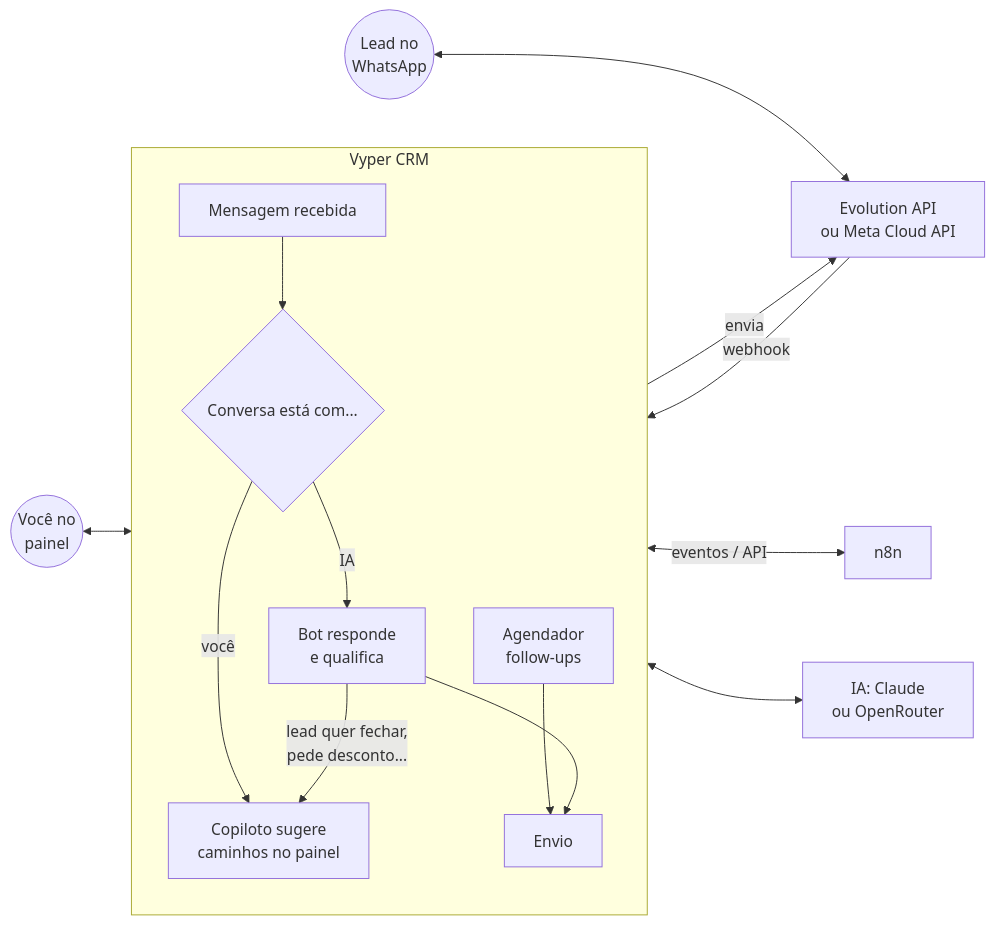
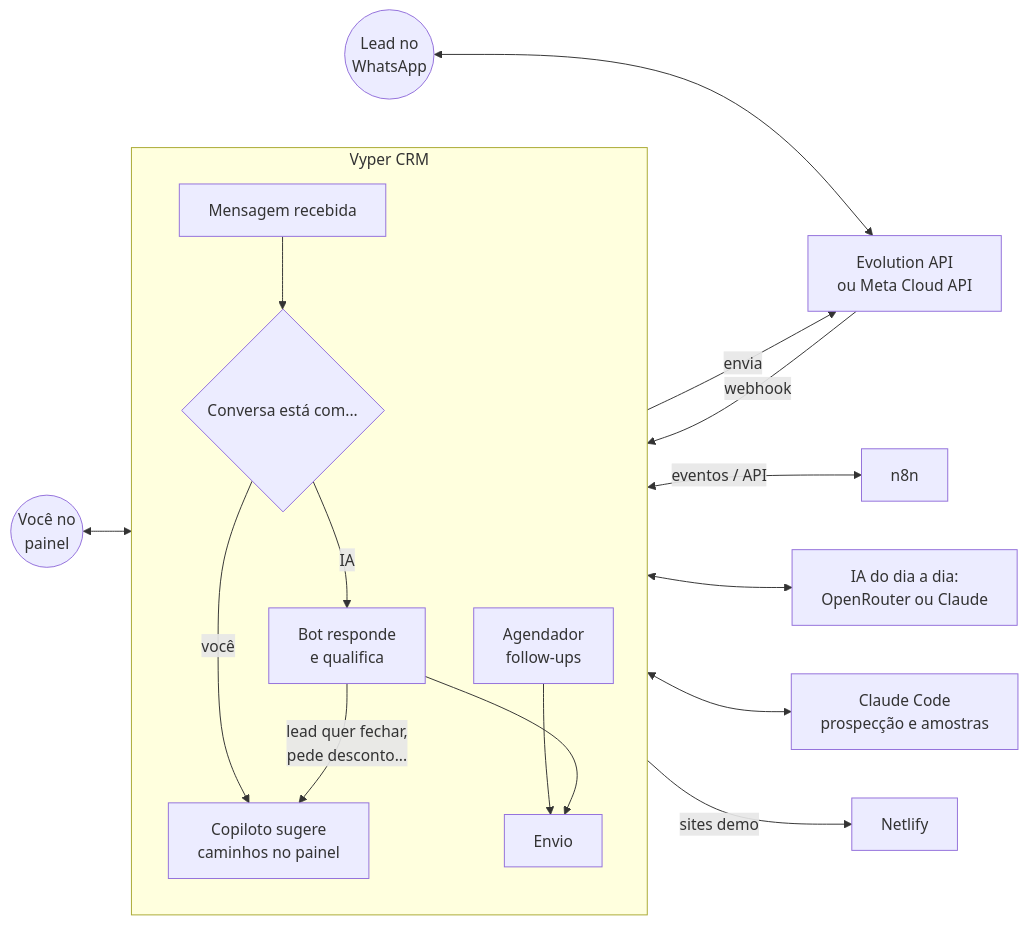
One commit to VyperXt/VyperXt changed the diagram in vyper-crm/README.md. Above: the diagram before and after it, drawn with Mermaid. The commit also changed other lines of this file and 75 other files, not shown here.

First line of the commit message:
Prospecção com IA, amostras, roteiros e fila de envios

````diff
--- a/vyper-crm/README.md
+++ b/vyper-crm/README.md
@@ -36,18 +42,20 @@
 ```mermaid
 flowchart LR
     Lead((Lead no<br/>WhatsApp)) <--> WA[Evolution API<br/>ou Meta Cloud API]
     WA -- webhook --> CRM
     subgraph CRM[Vyper CRM]
       direction TB
       IN[Mensagem recebida] --> Q{Conversa está com...}
       Q -- IA --> BOT[Bot responde<br/>e qualifica]
       Q -- você --> COP[Copiloto sugere<br/>caminhos no painel]
       BOT -- lead quer fechar,<br/>pede desconto... --> COP
       SCH[Agendador<br/>follow-ups] --> OUT[Envio]
       BOT --> OUT
     end
     CRM -- envia --> WA
     CRM <-- eventos / API --> N8N[n8n]
     Voce((Você no<br/>painel)) <--> CRM
-    CRM <--> Claude[IA: Claude<br/>ou OpenRouter]
+    CRM <--> IA[IA do dia a dia:<br/>OpenRouter ou Claude]
+    CRM <--> CC[Claude Code<br/>prospecção e amostras]
+    CRM -- sites demo --> NL[Netlify]
 ```
````
